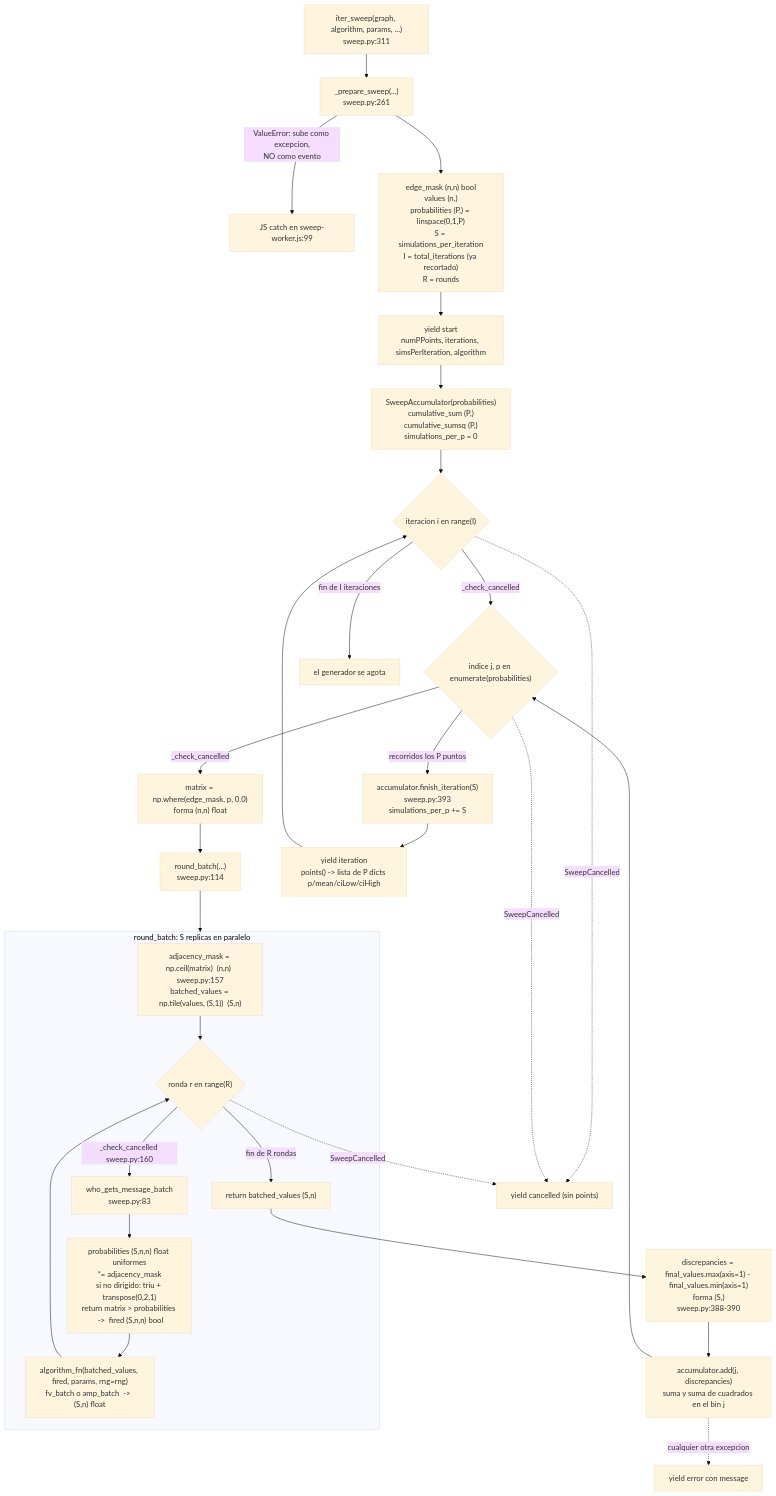
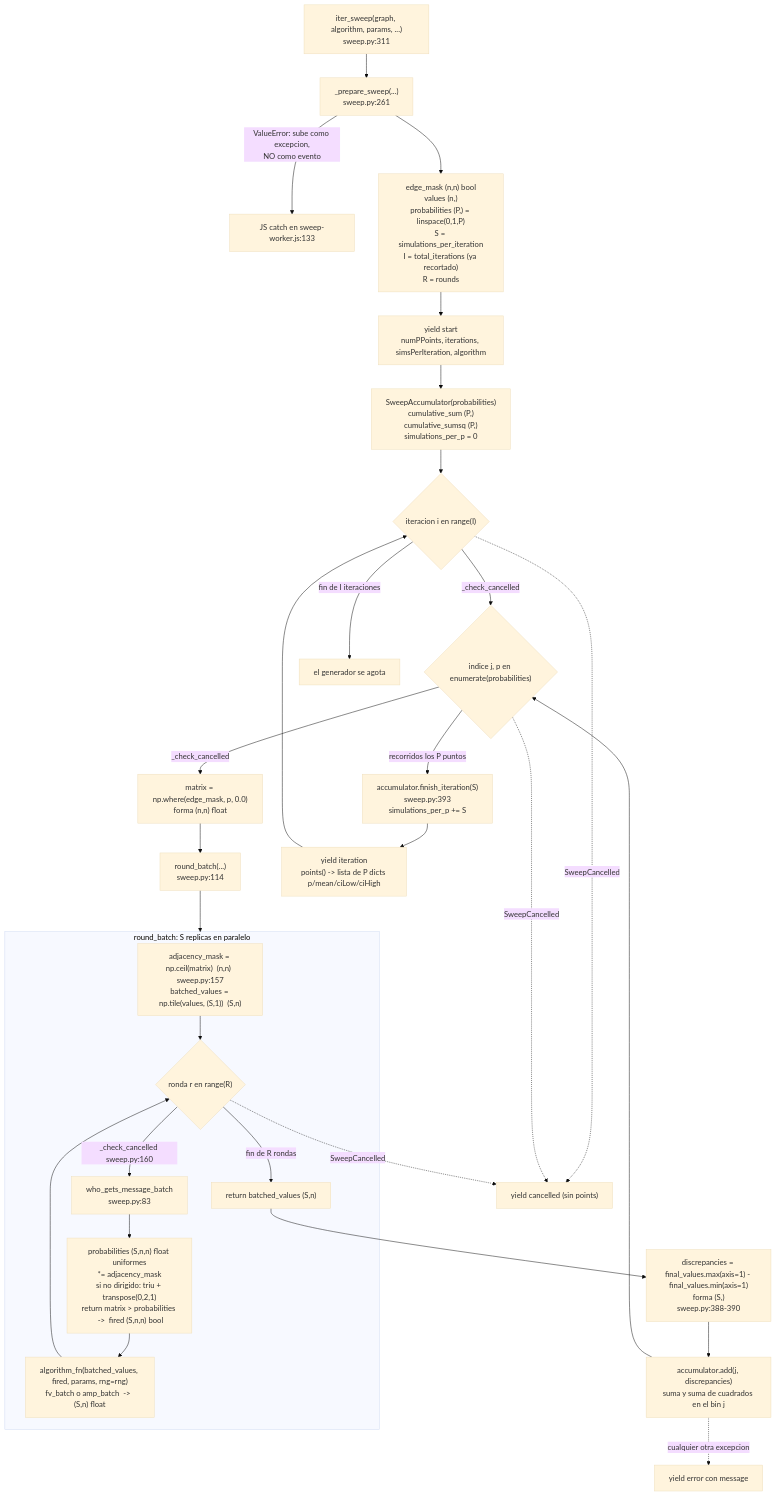
Before and after one commit to Rou-uu/consenso-simulador: the second of 4 diagrams in docs/05-barrido-sweep.md, drawn with Mermaid (base theme). The commit also changed other lines of this file and 14 other files, not shown here.

````diff
--- a/docs/05-barrido-sweep.md
+++ b/docs/05-barrido-sweep.md
@@ -196,37 +196,37 @@
 ```mermaid
 flowchart TD
     A["iter_sweep(graph, algorithm, params, ...)<br/>sweep.py:311"] --> B["_prepare_sweep(...)<br/>sweep.py:261"]
-    B -->|"ValueError: sube como excepcion,<br/>NO como evento"| X["JS catch en sweep-worker.js:99"]
+    B -->|"ValueError: sube como excepcion,<br/>NO como evento"| X["JS catch en sweep-worker.js:133"]
     B --> C["edge_mask (n,n) bool<br/>values (n,)<br/>probabilities (P,) = linspace(0,1,P)<br/>S = simulations_per_iteration<br/>I = total_iterations (ya recortado)<br/>R = rounds"]
     C --> D["yield start<br/>numPPoints, iterations, simsPerIteration, algorithm"]
     D --> E["SweepAccumulator(probabilities)<br/>cumulative_sum (P,)<br/>cumulative_sumsq (P,)<br/>simulations_per_p = 0"]
 
     E --> L1{"iteracion i en range(I)"}
     L1 -->|"_check_cancelled"| L2{"indice j, p en enumerate(probabilities)"}
     L2 -->|"_check_cancelled"| M["matrix = np.where(edge_mask, p, 0.0)<br/>forma (n,n) float"]
     M --> RB["round_batch(...)<br/>sweep.py:114"]
 
     subgraph RBX ["round_batch: S replicas en paralelo"]
         RB1["adjacency_mask = np.ceil(matrix)  (n,n)  sweep.py:157<br/>batched_values = np.tile(values, (S,1))  (S,n)"]
         RB1 --> RL{"ronda r en range(R)"}
         RL -->|"_check_cancelled sweep.py:160"| WGM["who_gets_message_batch<br/>sweep.py:83"]
         WGM --> WG1["probabilities (S,n,n) float uniformes<br/>*= adjacency_mask<br/>si no dirigido: triu + transpose(0,2,1)<br/>return matrix > probabilities  ->  fired (S,n,n) bool"]
         WG1 --> ALG["algorithm_fn(batched_values, fired, params, rng=rng)<br/>fv_batch o amp_batch  ->  (S,n) float"]
         ALG --> RL
         RL -->|"fin de R rondas"| RBOUT["return batched_values (S,n)"]
     end
 
     RB --> RBX
     RBOUT --> DISC["discrepancies = final_values.max(axis=1) - final_values.min(axis=1)<br/>forma (S,)<br/>sweep.py:388-390"]
     DISC --> ADD["accumulator.add(j, discrepancies)<br/>suma y suma de cuadrados en el bin j"]
     ADD --> L2
     L2 -->|"recorridos los P puntos"| FIN["accumulator.finish_iteration(S)<br/>sweep.py:393<br/>simulations_per_p += S"]
     FIN --> YI["yield iteration<br/>points() -> lista de P dicts p/mean/ciLow/ciHigh"]
     YI --> L1
     L1 -->|"fin de I iteraciones"| END["el generador se agota"]
 
     L1 -.->|"SweepCancelled"| CANC["yield cancelled (sin points)"]
     L2 -.->|"SweepCancelled"| CANC
     RL -.->|"SweepCancelled"| CANC
     ADD -.->|"cualquier otra excepcion"| ERRE["yield error con message"]
 ```
````
